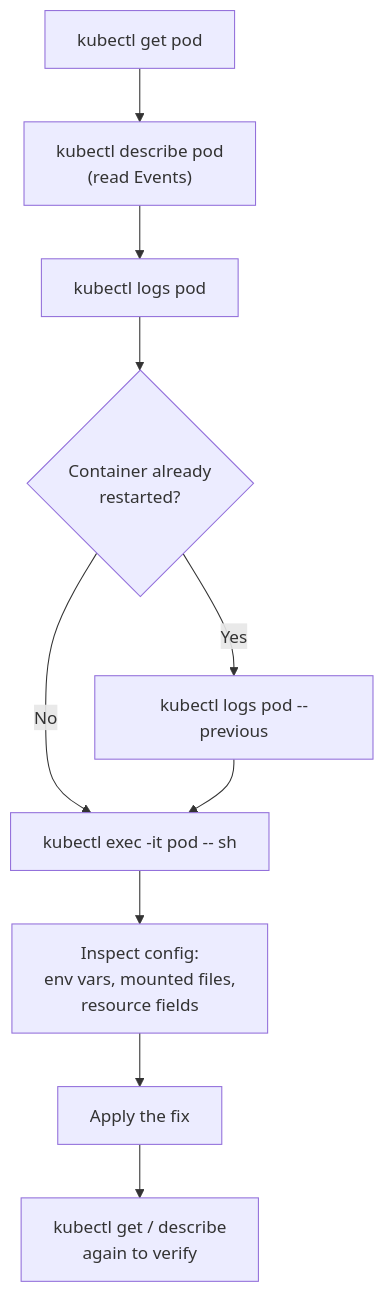
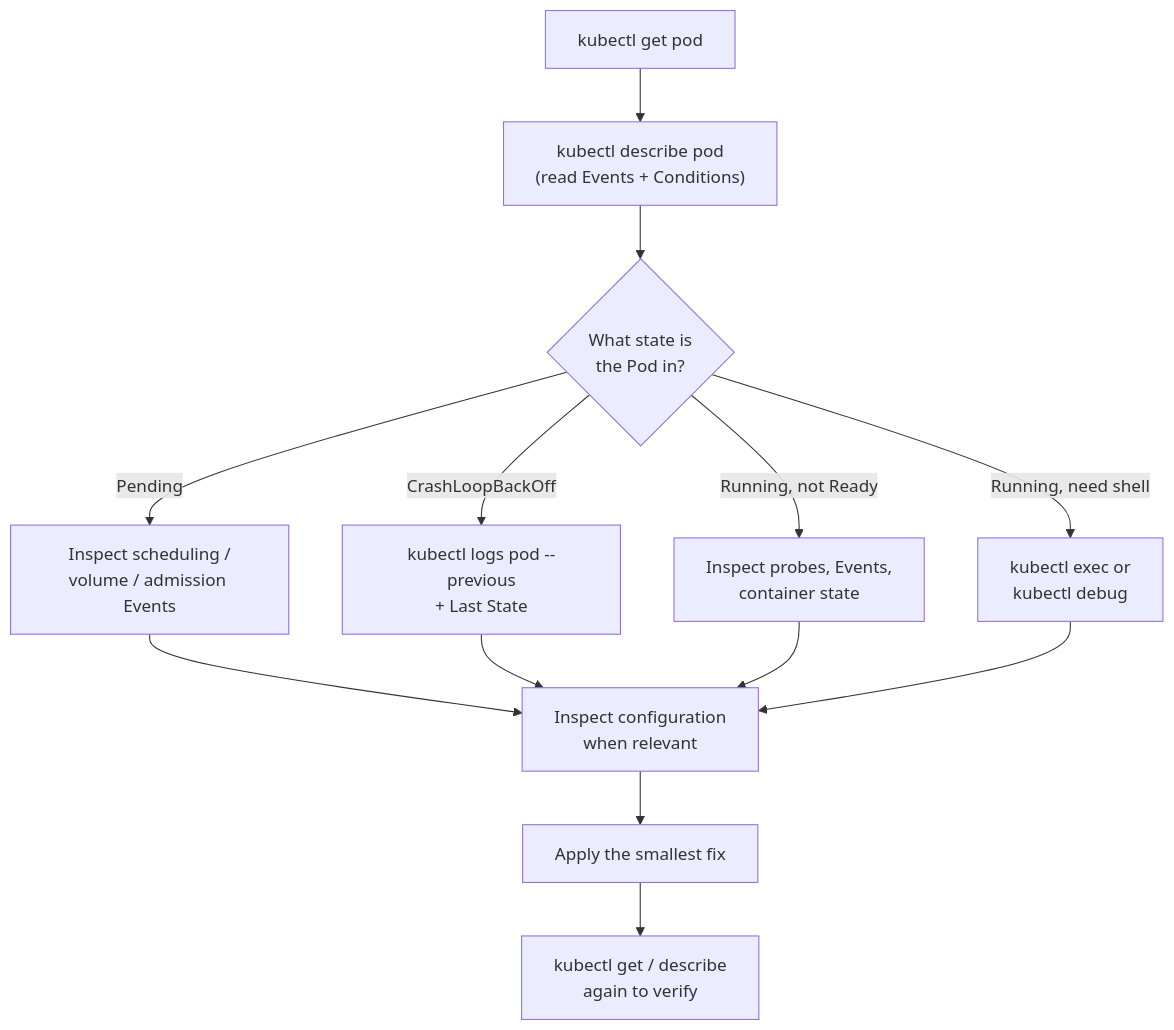
One commit to karthikreddy432/CKAD changed the first of 4 diagrams in 05_chapter_observability_maintenance.md. Above: the diagram before and after it, drawn with Mermaid. The commit also changed other lines of this file and 13 other files, not shown here.

````diff
--- a/05_chapter_observability_maintenance.md
+++ b/05_chapter_observability_maintenance.md
@@ -54,17 +55,23 @@
 ```mermaid
 flowchart TD
     A["kubectl get pod"] --> B["kubectl describe pod
-(read Events)"]
-    B --> C["kubectl logs pod"]
-    C --> D{"Container already
-restarted?"}
-    D -->|Yes| E["kubectl logs pod --previous"]
-    D -->|No| F["kubectl exec -it pod -- sh"]
-    E --> F
-    F --> G["Inspect config:
-env vars, mounted files,
-resource fields"]
-    G --> H["Apply the fix"]
-    H --> I["kubectl get / describe
+(read Events + Conditions)"]
+    B --> D{"What state is
+the Pod in?"}
+    D -->|Pending| E["Inspect scheduling /
+volume / admission Events"]
+    D -->|CrashLoopBackOff| F["kubectl logs pod --previous
++ Last State"]
+    D -->|Running, not Ready| G["Inspect probes, Events,
+container state"]
+    D -->|Running, need shell| H["kubectl exec or
+kubectl debug"]
+    E --> I["Inspect configuration
+when relevant"]
+    F --> I
+    G --> I
+    H --> I
+    I --> J["Apply the smallest fix"]
+    J --> K["kubectl get / describe
 again to verify"]
 ```
````
